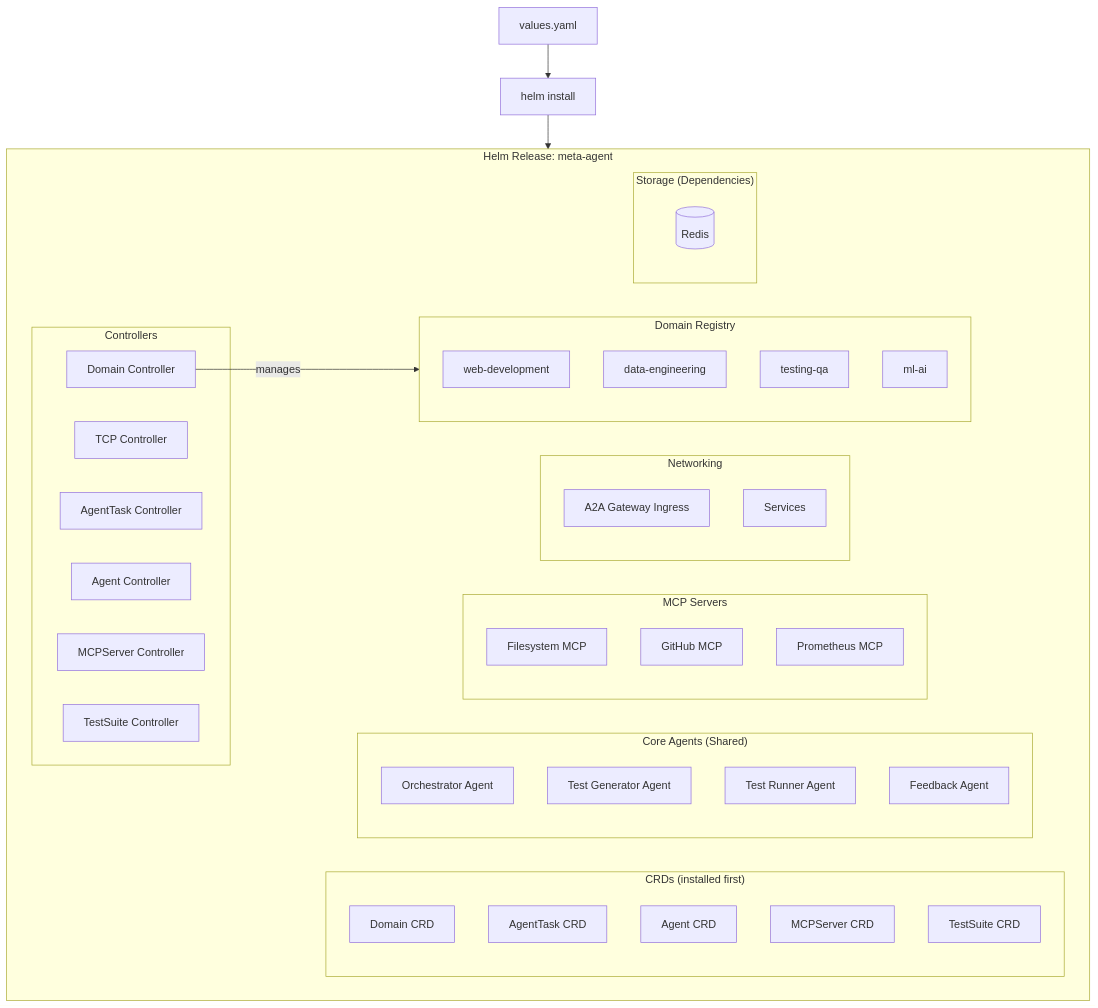
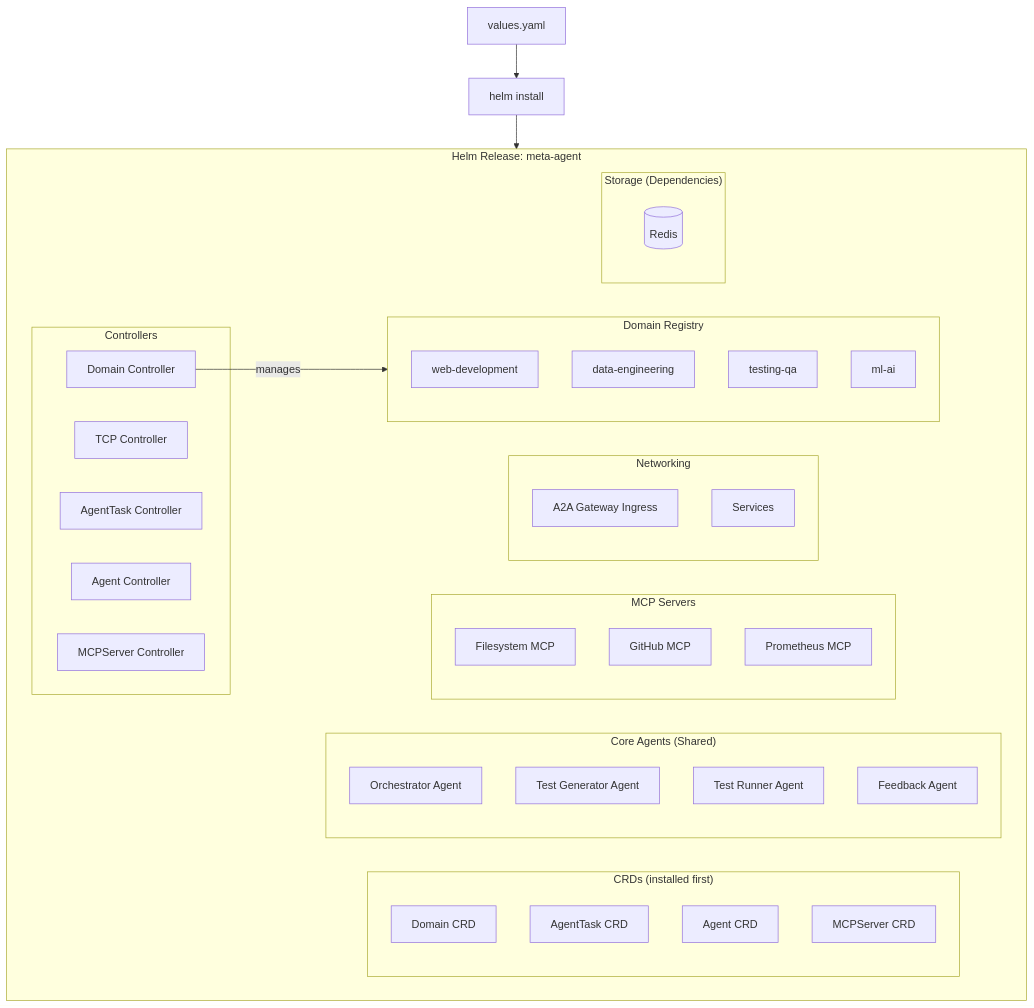
One commit to dshcherbatiuk/forgemaster changed the diagram in docs/arch/10-helm-charts.md. Above: the diagram before and after it, drawn with Mermaid. The commit also changed other lines of this file and 14 other files, not shown here.

First line of the commit message:
docs: OHS-0000 Update architecture docs with entity responsibilities

````diff
--- a/docs/arch/10-helm-charts.md
+++ b/docs/arch/10-helm-charts.md
@@ -706,54 +703,52 @@
 ```mermaid
 flowchart TB
     subgraph HelmRelease["Helm Release: meta-agent"]
         subgraph CRDs["CRDs (installed first)"]
             CRD0[Domain CRD]
             CRD1[AgentTask CRD]
             CRD2[Agent CRD]
             CRD3[MCPServer CRD]
-            CRD4[TestSuite CRD]
         end
 
         subgraph Controllers["Controllers"]
             TC[TCP Controller]
             DC[Domain Controller]
             ATC[AgentTask Controller]
             AGC[Agent Controller]
             MC[MCPServer Controller]
-            TSC[TestSuite Controller]
         end
 
         subgraph Domains["Domain Registry"]
             D1[web-development]
             D2[data-engineering]
             D3[testing-qa]
             D4[ml-ai]
         end
 
         subgraph CoreAgents["Core Agents (Shared)"]
             OA[Orchestrator Agent]
             TGA[Test Generator Agent]
             TRA[Test Runner Agent]
             FBA[Feedback Agent]
         end
 
         subgraph MCPServers["MCP Servers"]
             FS[Filesystem MCP]
             GH[GitHub MCP]
             PM[Prometheus MCP]
         end
 
         subgraph Networking["Networking"]
             ING[A2A Gateway Ingress]
             SVC[Services]
         end
 
         subgraph Storage["Storage (Dependencies)"]
             RD[(Redis)]
         end
     end
 
     HelmCLI[helm install] --> HelmRelease
     Values[values.yaml] --> HelmCLI
     DC -->|"manages"| Domains
 ```
````
